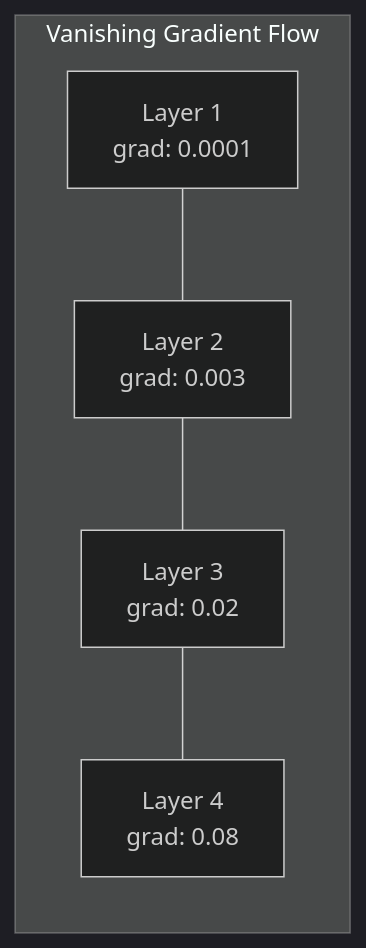
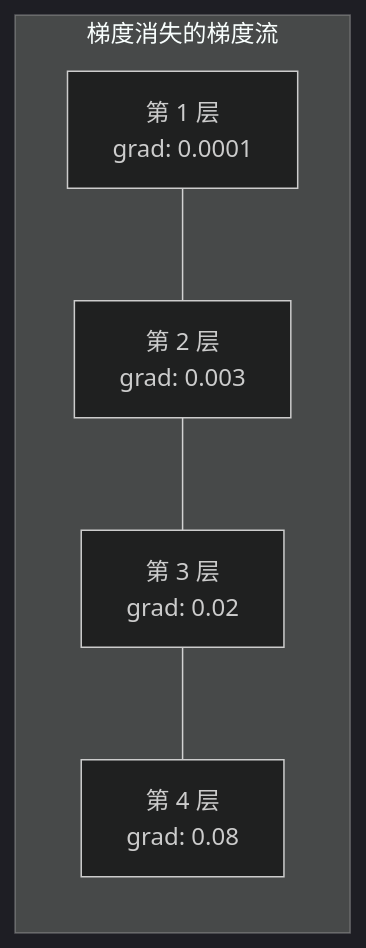
One commit to alessandrodinisio-ai/ai-engineering-learning-framework changed the fourth of 5 diagrams in phases/03-deep-learning-core/13-debugging-neural-networks/docs/zh.md. Above: the diagram before and after it, drawn with Mermaid (dark theme). The commit also changed other lines of this file and 120 other files, not shown here.

First line of the commit message:
i18n(mermaid): 337 个 mermaid 图表标签中文化

````diff
--- a/phases/03-deep-learning-core/13-debugging-neural-networks/docs/zh.md
+++ b/phases/03-deep-learning-core/13-debugging-neural-networks/docs/zh.md
@@ -140,6 +140,6 @@
 ```mermaid
 graph LR
-    subgraph "Vanishing Gradient Flow"
-        V1["Layer 1<br/>grad: 0.0001"] --- V2["Layer 2<br/>grad: 0.003"] --- V3["Layer 3<br/>grad: 0.02"] --- V4["Layer 4<br/>grad: 0.08"]
+    subgraph "梯度消失的梯度流"
+        V1["第 1 层<br/>grad: 0.0001"] --- V2["第 2 层<br/>grad: 0.003"] --- V3["第 3 层<br/>grad: 0.02"] --- V4["第 4 层<br/>grad: 0.08"]
     end
 ```
````
